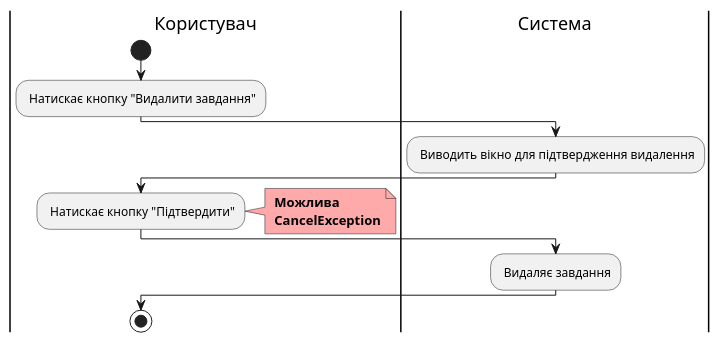
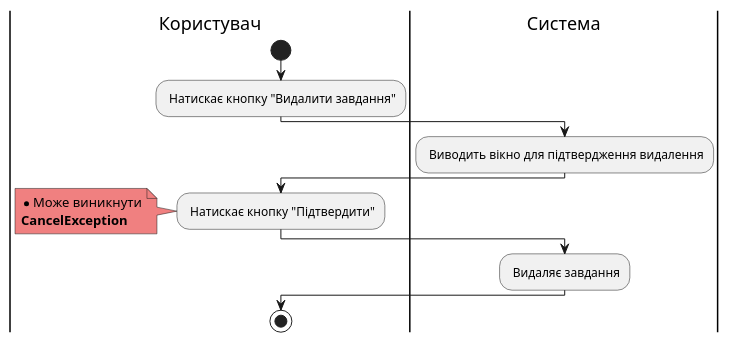
Before and after one commit to samoilenkomariia/db-coursework: the fourth of 6 diagrams in docs/use cases/README.md, drawn with PlantUML. The commit also changed other lines of this file, not shown here.

Commit message:
Update style of diagrams

```diff
--- a/docs/use cases/README.md
+++ b/docs/use cases/README.md
@@ -248,22 +252,23 @@
 @startuml
 
     |Користувач|
     start;
     : Натискає кнопку "Видалити завдання";
 
     |Система|
     : Виводить вікно для підтвердження видалення;
 
     |Користувач|
     : Натискає кнопку "Підтвердити";
-    note right #ffaaaa
-    <b> Можлива
-    <b> CancelException
+    
+    note left #lightcoral
+    * Може виникнути
+    <b>CancelException</b>
     end note
     
     |Система|
     : Видаляє завдання;
 
     |Користувач|
         stop;
 @enduml
```
